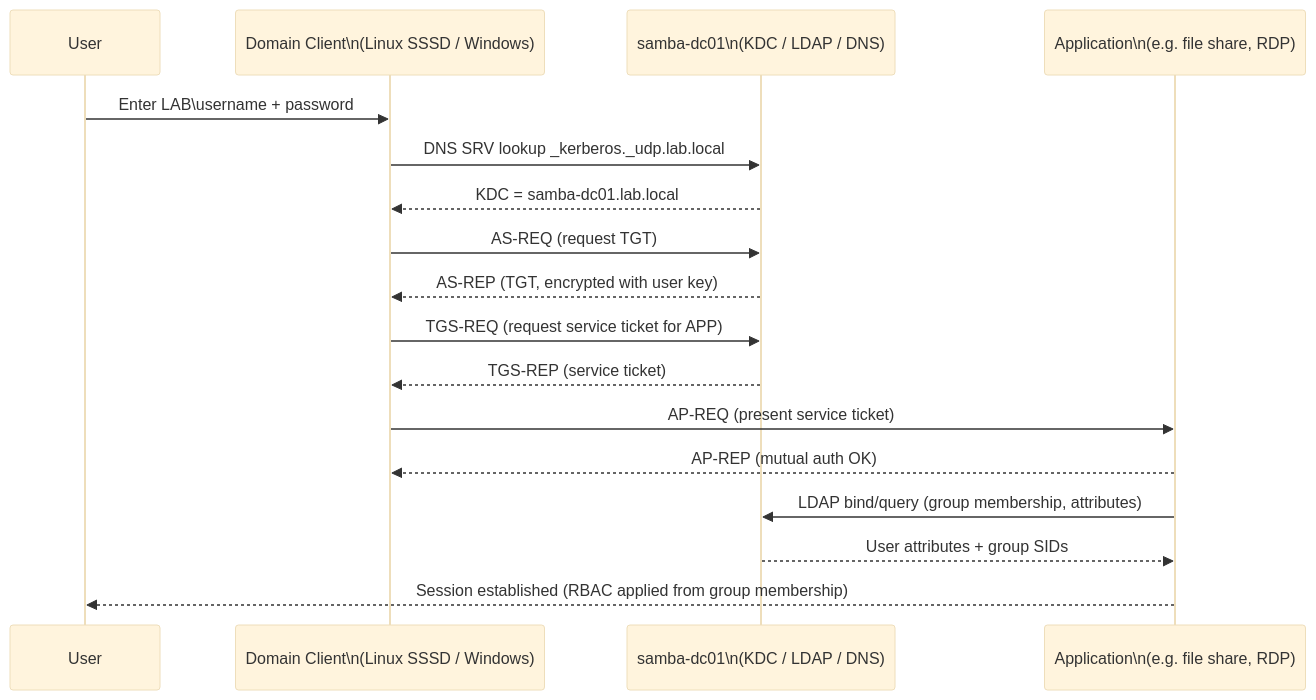
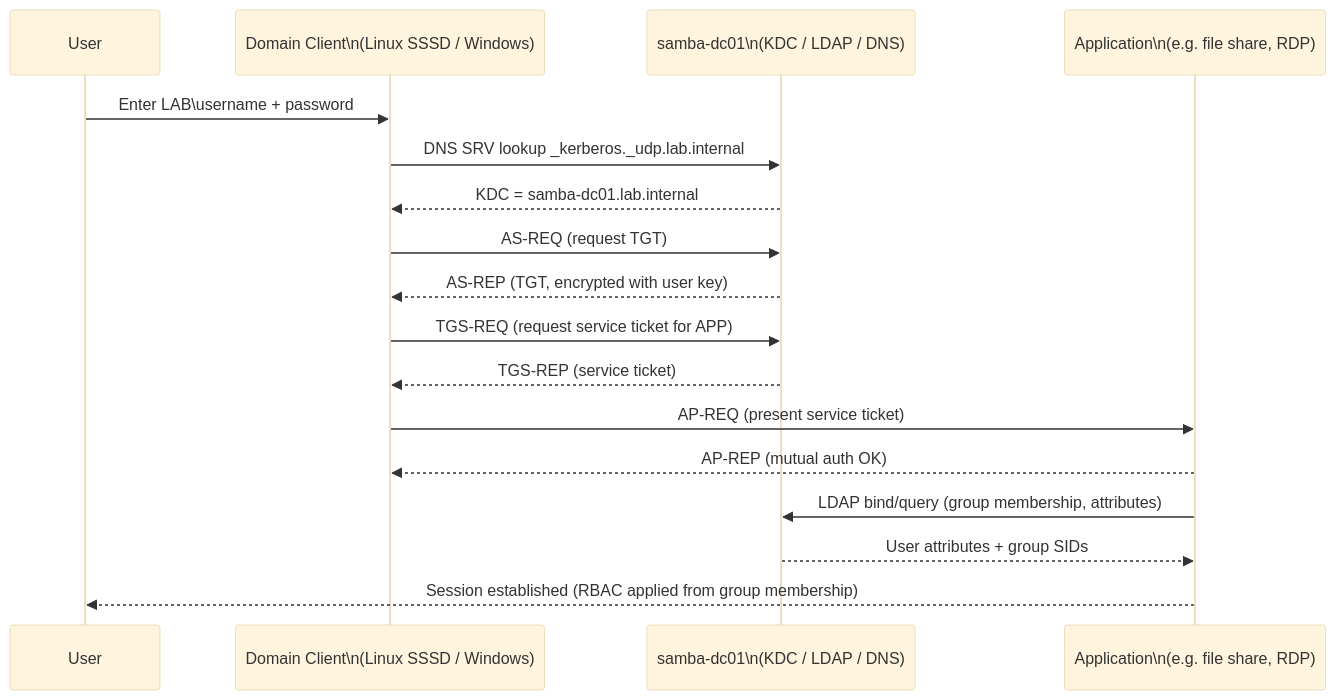
One commit to LibreOpsLab/lab-small-business changed the diagram in diagrams/auth-flow.md. Above: the diagram before and after it, drawn with Mermaid (base theme). The commit also changed 105 other files, not shown here.

````diff
--- a/diagrams/auth-flow.md
+++ b/diagrams/auth-flow.md
@@ -7,20 +7,20 @@
 ```mermaid
 sequenceDiagram
     participant U as User
     participant C as Domain Client\n(Linux SSSD / Windows)
     participant DC as samba-dc01\n(KDC / LDAP / DNS)
     participant APP as Application\n(e.g. file share, RDP)
 
     U->>C: Enter LAB\username + password
-    C->>DC: DNS SRV lookup _kerberos._udp.lab.local
-    DC-->>C: KDC = samba-dc01.lab.local
+    C->>DC: DNS SRV lookup _kerberos._udp.lab.internal
+    DC-->>C: KDC = samba-dc01.lab.internal
     C->>DC: AS-REQ (request TGT)
     DC-->>C: AS-REP (TGT, encrypted with user key)
     C->>DC: TGS-REQ (request service ticket for APP)
     DC-->>C: TGS-REP (service ticket)
     C->>APP: AP-REQ (present service ticket)
     APP-->>C: AP-REP (mutual auth OK)
     APP->>DC: LDAP bind/query (group membership, attributes)
     DC-->>APP: User attributes + group SIDs
     APP-->>U: Session established (RBAC applied from group membership)
 ```
````
